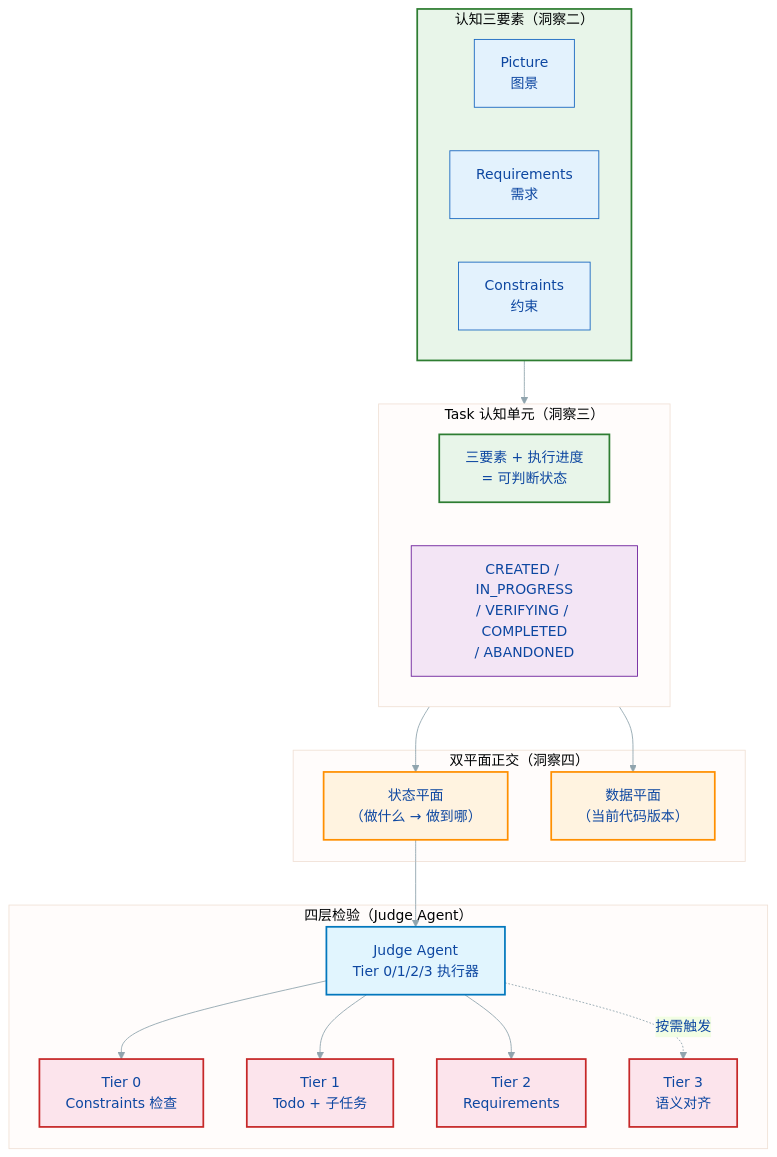
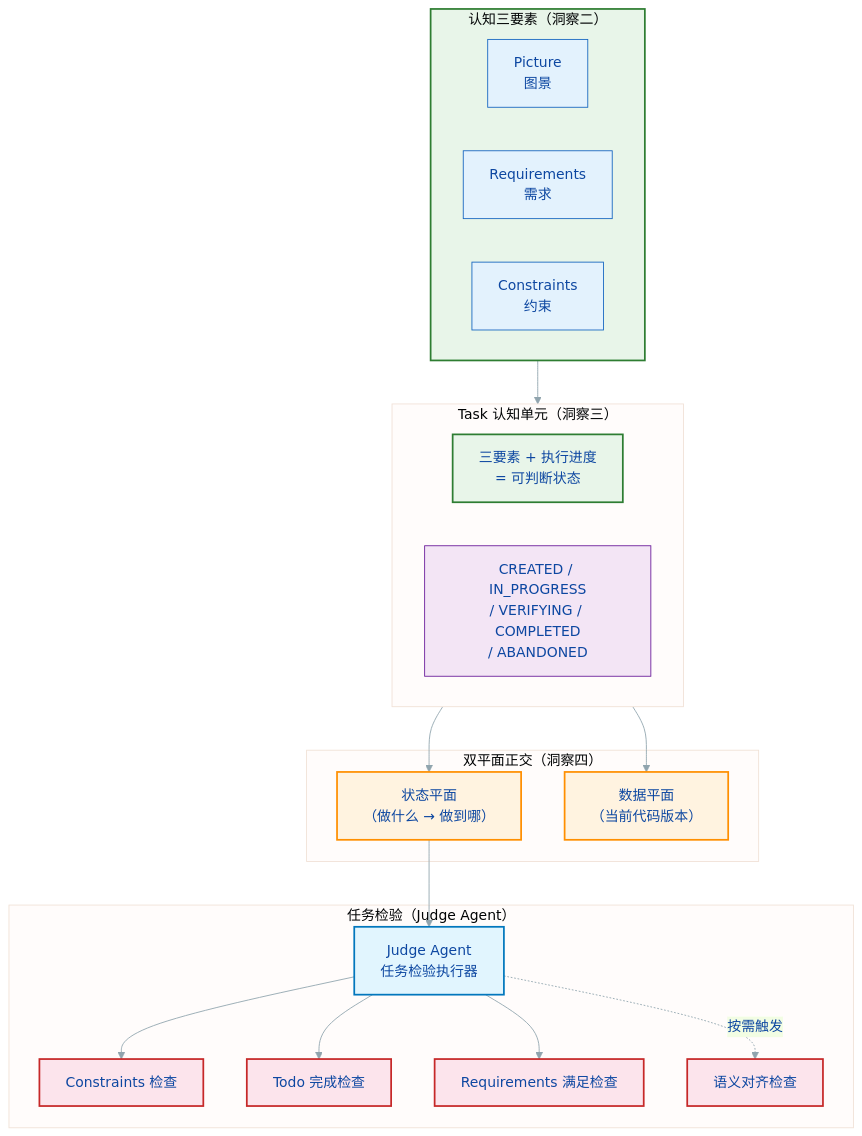
One commit to Lazyn0tBug/mem0ress changed the first of 9 diagrams in docs/spec.md. Above: the diagram before and after it, drawn with Mermaid. The commit also changed other lines of this file, not shown here.

Commit message:
refactor(spec): remove Tier numbers from external-facing sections
- Replace 'Tier 0/1/2/3 执行器' with '任务检验执行器' in Mermaid diagram
- Replace T0/T1/T2/T3 node labels with semantic names (no Tier prefix)
- Rename subgraph title from '四层检验' to '任务检验'
- Replace 'Tier 0/1/2/3 检验逻辑' with '任务检验逻辑' in document relationships

````diff
--- a/docs/spec.md
+++ b/docs/spec.md
@@ -42,49 +42,49 @@
 ```mermaid
 %% label：核心解法总览
 %%{ init: { 'theme': 'base', 'themeVariables': { 'primaryColor': '#e3f2fd', 'primaryTextColor': '#0d47a1', 'primaryBorderColor': '#1565c0', 'lineColor': '#90a4ae', 'fontFamily': 'arial' } } }%%
 graph TB
     subgraph PRC["认知三要素（洞察二）"]
         PIC["Picture\n图景"]
         REQ["Requirements\n需求"]
         CST["Constraints\n约束"]
     end
 
     subgraph TASK["Task 认知单元（洞察三）"]
         TR["三要素 + 执行进度\n= 可判断状态"]
         ST["CREATED / IN_PROGRESS\n/ VERIFYING / COMPLETED\n/ ABANDONED"]
     end
 
     subgraph DUAL["双平面正交（洞察四）"]
         SP["状态平面\n（做什么 → 做到哪）"]
         DP["数据平面\n（当前代码版本）"]
     end
 
-    subgraph TIERS["四层检验（Judge Agent）"]
-        J["Judge Agent\nTier 0/1/2/3 执行器"]
-        T0["Tier 0\nConstraints 检查"]
-        T1["Tier 1\nTodo + 子任务"]
-        T2["Tier 2\nRequirements"]
-        T3["Tier 3\n语义对齐"]
+    subgraph TIERS["任务检验（Judge Agent）"]
+        J["Judge Agent\n任务检验执行器"]
+        T0["Constraints 检查"]
+        T1["Todo 完成检查"]
+        T2["Requirements 满足检查"]
+        T3["语义对齐检查"]
     end
 
     PRC --> TASK
     TASK --> SP
     TASK --> DP
     J --> T0
     J --> T1
     J --> T2
     J -.->|按需触发| T3
     SP --> J
 
     classDef prc fill:#e8f5e9,stroke:#2e7d32,stroke-width:2px;
     classDef task fill:#e3f2fd,stroke:#1565c0,stroke-width:2px;
     classDef plane fill:#fff3e0,stroke:#ff8f00,stroke-width:2px;
     classDef tier fill:#fce4ec,stroke:#c62828,stroke-width:2px;
     classDef judge fill:#e1f5fe,stroke:#0277bd,stroke-width:2px;
     classDef state fill:#f3e5f5,stroke:#6a1b9a,stroke-width:1px;
     class PRC,task,TR,ST prc;
     class SP,DP plane;
     class T0,T1,T2,T3 tier;
     class J judge;
     class ST state;
 ```
````
